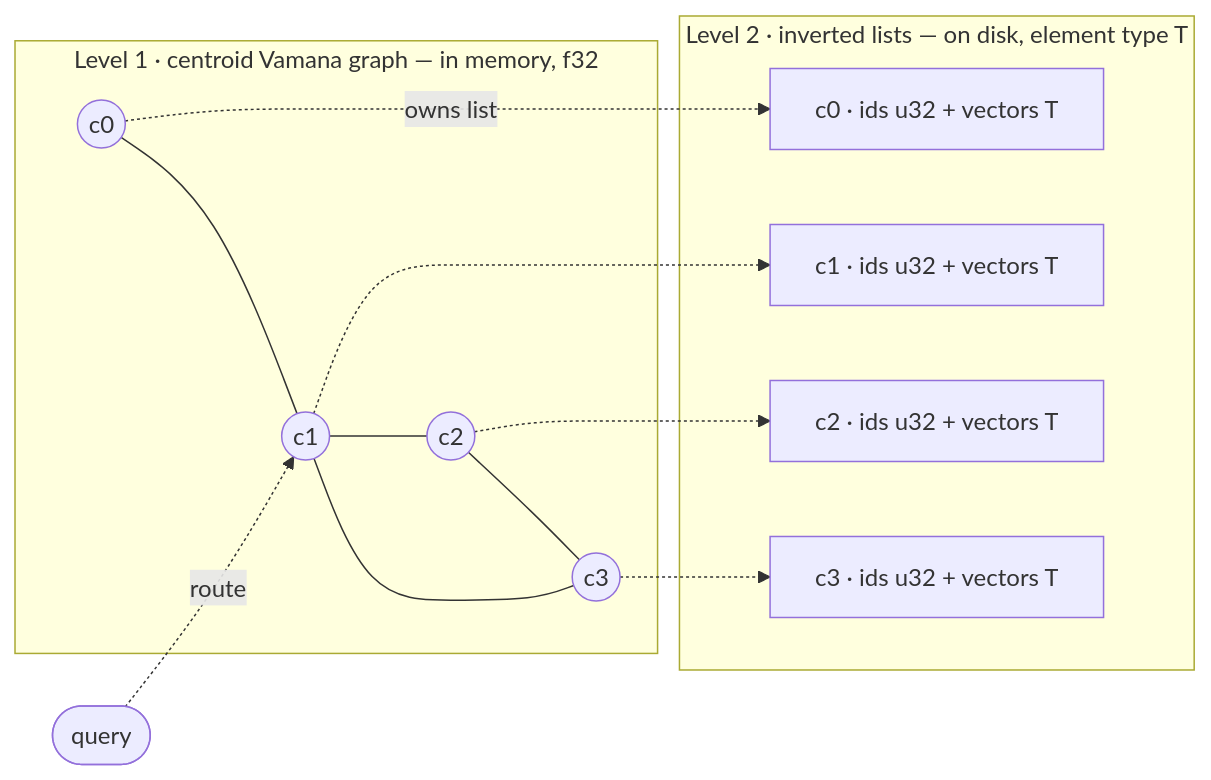
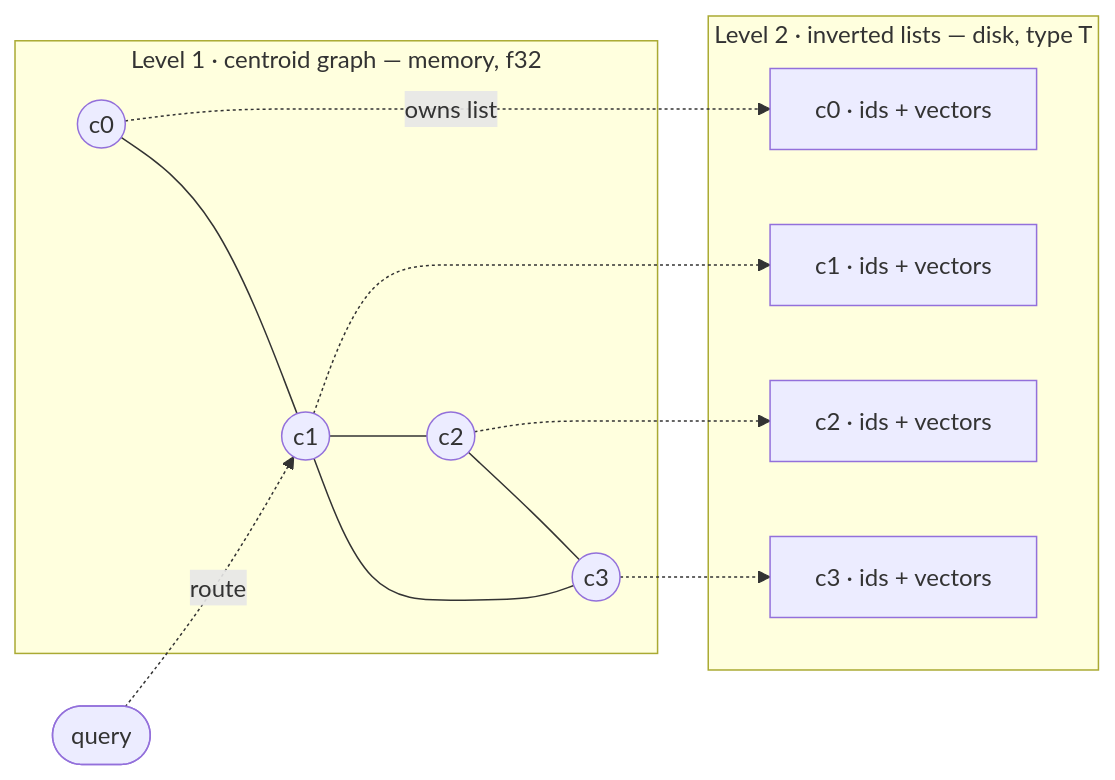
The first of 4 diagrams in diskann-graphivf/ONLINE.md (microsoft/DiskANN), drawn with Mermaid before and after one commit. The commit also changed other lines of this file and 47 other files, not shown here.

First line of the commit message:
graph-ivf: run builds and sweeps through the benchmark harness

````diff
--- a/diskann-graphivf/ONLINE.md
+++ b/diskann-graphivf/ONLINE.md
@@ -38,20 +38,20 @@
 ```mermaid
 flowchart LR
-    Q([query]) -.route.-> C1
-    subgraph MEM["Level 1 · centroid Vamana graph — in memory, f32"]
-        C0((c0)) --- C1((c1))
-        C1 --- C2((c2))
-        C1 --- C3((c3))
+    Q(["query"]) -.route.-> C1
+    subgraph MEM["Level 1 · centroid graph — memory, f32"]
+        C0(("c0")) --- C1(("c1"))
+        C1 --- C2(("c2"))
+        C1 --- C3(("c3"))
         C2 --- C3
     end
-    subgraph DISK["Level 2 · inverted lists — on disk, element type T"]
-        L0["c0 · ids u32 + vectors T"]
-        L1["c1 · ids u32 + vectors T"]
-        L2["c2 · ids u32 + vectors T"]
-        L3["c3 · ids u32 + vectors T"]
+    subgraph DISK["Level 2 · inverted lists — disk, type T"]
+        L0["c0 · ids + vectors"]
+        L1["c1 · ids + vectors"]
+        L2["c2 · ids + vectors"]
+        L3["c3 · ids + vectors"]
     end
     C0 -.owns list.-> L0
     C1 -.-> L1
     C2 -.-> L2
     C3 -.-> L3
 ```
````
